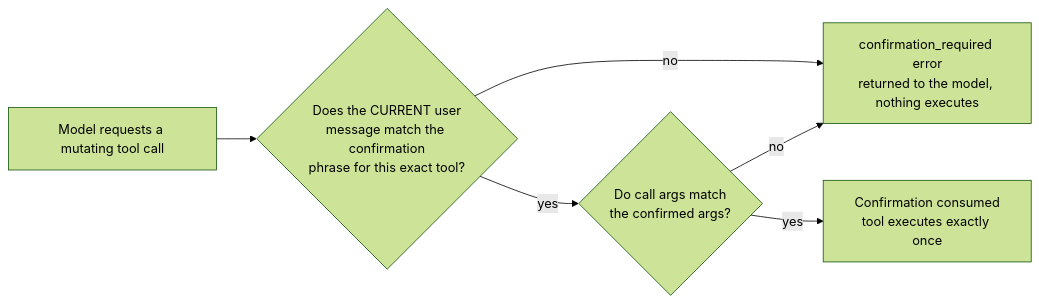
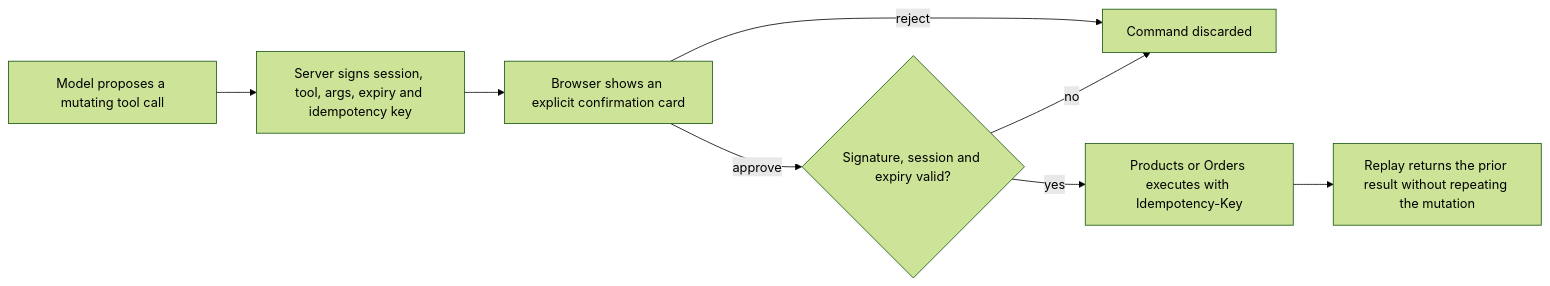
One commit to ChristianMendozaa/UCB-e-commerce changed the third of 4 diagrams in README.md. Above: the diagram before and after it, drawn with Mermaid (forest theme). The commit also changed other lines of this file and 52 other files, not shown here.

````diff
--- a/README.md
+++ b/README.md
@@ -173,8 +200,10 @@
 ```mermaid
 flowchart LR
-    A[Model requests a mutating tool call] --> B{Does the CURRENT user\nmessage match the confirmation\nphrase for this exact tool?}
-    B -- no --> C[confirmation_required error\nreturned to the model, nothing executes]
-    B -- yes --> D{Do call args match\nthe confirmed args?}
-    D -- no --> C
-    D -- yes --> E[Confirmation consumed\ntool executes exactly once]
+    A[Model proposes a mutating tool call] --> B[Server signs session, tool, args, expiry and idempotency key]
+    B --> C[Browser shows an explicit confirmation card]
+    C -->|reject| D[Command discarded]
+    C -->|approve| E{Signature, session and expiry valid?}
+    E -->|no| D
+    E -->|yes| F[Products or Orders executes with Idempotency-Key]
+    F --> G[Replay returns the prior result without repeating the mutation]
 ```
````
